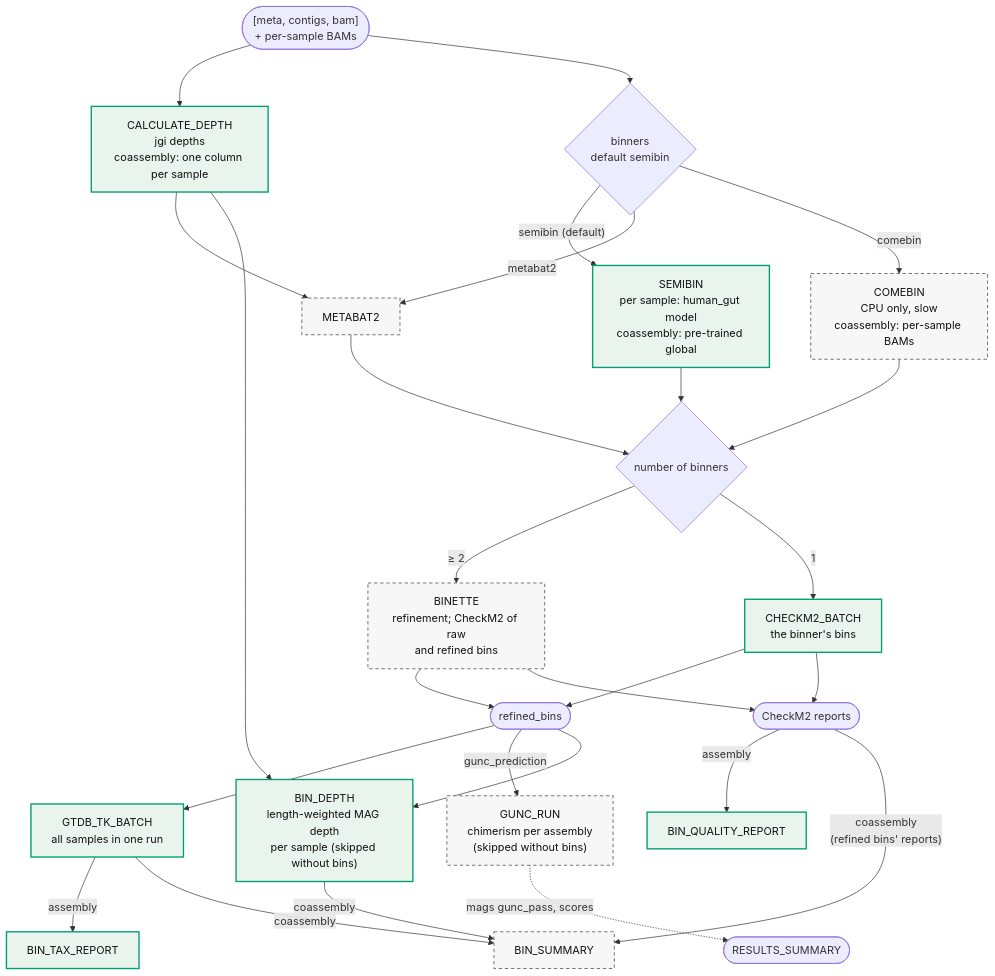
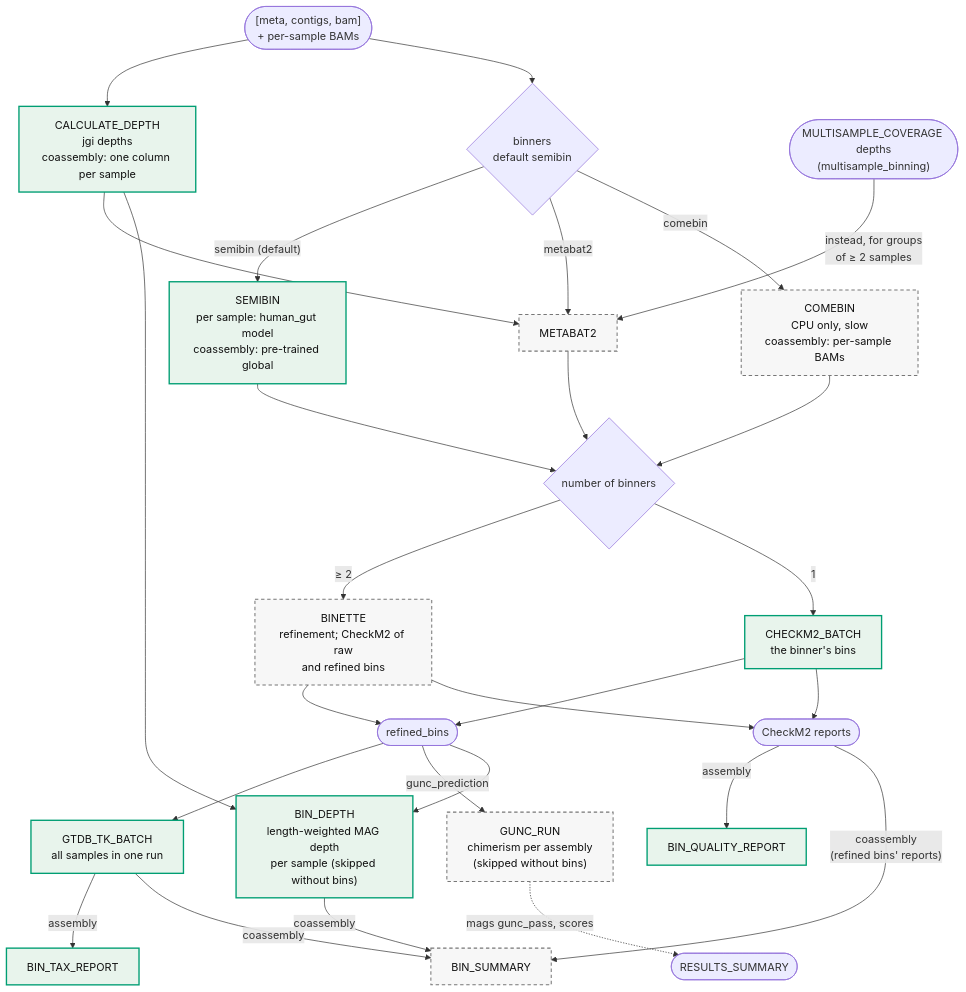
Before and after one commit to gene2dis/BugBuster: the eighth of 14 diagrams in docs/WORKFLOW_DIAGRAM.md, drawn with Mermaid. The commit also changed other lines of this file and 21 other files, not shown here.

First line of the commit message:
feat(binning): multi-sample coverage for MetaBAT2 (--multisample_binning)

````diff
--- a/docs/WORKFLOW_DIAGRAM.md
+++ b/docs/WORKFLOW_DIAGRAM.md
@@ -305,32 +308,33 @@
 ```mermaid
 flowchart TD
     In(["[meta, contigs, bam]<br/>+ per-sample BAMs"]) --> CALCULATE_DEPTH["CALCULATE_DEPTH<br/>jgi depths<br/>coassembly: one column per sample"]
     In --> Sel{binners<br/>default semibin}
     Sel -->|"semibin (default)"| SEMIBIN["SEMIBIN<br/>per sample: human_gut model<br/>coassembly: pre-trained global"]
     Sel -->|metabat2| METABAT2
     CALCULATE_DEPTH --> METABAT2
+    MultiDepth(["MULTISAMPLE_COVERAGE depths<br/>(multisample_binning)"]) -->|"instead, for groups<br/>of ≥ 2 samples"| METABAT2
     Sel -->|comebin| COMEBIN["COMEBIN<br/>CPU only, slow<br/>coassembly: per-sample BAMs"]
 
     SEMIBIN & METABAT2 & COMEBIN --> N{number of binners}
     N -->|"≥ 2"| BINETTE["BINETTE<br/>refinement; CheckM2 of raw<br/>and refined bins"]
     N -->|1| CHECKM2_BATCH["CHECKM2_BATCH<br/>the binner's bins"]
     BINETTE & CHECKM2_BATCH --> Bins(["refined_bins"])
     Bins --> GTDB_TK_BATCH["GTDB_TK_BATCH<br/>all samples in one run"]
     Bins -->|gunc_prediction| GUNC_RUN["GUNC_RUN<br/>chimerism per assembly<br/>(skipped without bins)"]
     GUNC_RUN -.->|"mags gunc_pass, scores"| Summary(["RESULTS_SUMMARY"])
 
     BINETTE & CHECKM2_BATCH --> Quality(["CheckM2 reports"])
 
     Quality -->|assembly| BIN_QUALITY_REPORT
     GTDB_TK_BATCH -->|assembly| BIN_TAX_REPORT
     Bins --> BIN_DEPTH["BIN_DEPTH<br/>length-weighted MAG depth<br/>per sample (skipped without bins)"]
     CALCULATE_DEPTH --> BIN_DEPTH
     BIN_DEPTH -->|coassembly| BIN_SUMMARY
     GTDB_TK_BATCH -->|coassembly| BIN_SUMMARY
     Quality -->|"coassembly<br/>(refined bins' reports)"| BIN_SUMMARY
 
     classDef on fill:#E8F4EC,stroke:#009E73,stroke-width:2px,color:#111
     classDef opt fill:#F7F7F7,stroke:#777,stroke-width:1.5px,stroke-dasharray:5 4,color:#111
     class SEMIBIN,CHECKM2_BATCH,GTDB_TK_BATCH,BIN_QUALITY_REPORT,BIN_TAX_REPORT,CALCULATE_DEPTH,BIN_DEPTH on
     class METABAT2,COMEBIN,BINETTE,BIN_SUMMARY,GUNC_RUN opt
 ```
````
